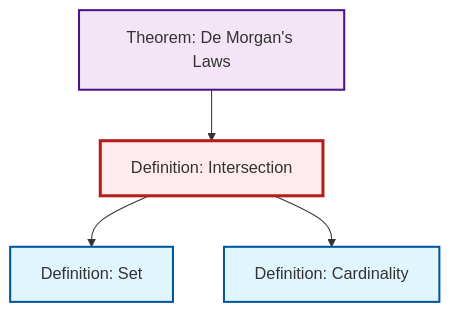
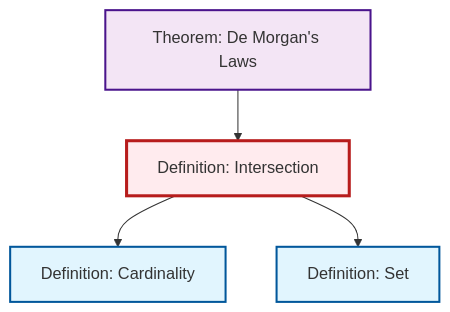
The diagram in content/ja/logic-set-theory/def-intersection.qmd (RK0429/ModernMath), drawn with Mermaid before and after one commit. The commit also changed other lines of this file and 597 other files, not shown here.

````diff
--- a/content/ja/logic-set-theory/def-intersection.qmd
+++ b/content/ja/logic-set-theory/def-intersection.qmd
@@ -63,20 +63,20 @@
 ```{mermaid}
 %%| fig-cap: "Local dependency graph"
 graph TD
     classDef definition fill:#e1f5fe,stroke:#01579b,stroke-width:2px
     classDef theorem fill:#f3e5f5,stroke:#4a148c,stroke-width:2px
     classDef axiom fill:#fff3e0,stroke:#e65100,stroke-width:2px
     classDef example fill:#e8f5e9,stroke:#1b5e20,stroke-width:2px
     classDef current fill:#ffebee,stroke:#b71c1c,stroke-width:3px
-    thm-de-morgan["Theorem: De Morgan's Laws"]:::theorem
     def-cardinality["Definition: Cardinality"]:::definition
     def-set["Definition: Set"]:::definition
+    thm-de-morgan["Theorem: De Morgan's Laws"]:::theorem
     def-intersection["Definition: Intersection"]:::definition
+    thm-de-morgan --> def-intersection
+    def-intersection --> def-cardinality
     def-intersection --> def-set
-    def-intersection --> def-cardinality
-    thm-de-morgan --> def-intersection
     class def-intersection current
-    click thm-de-morgan "thm-de-morgan.html" "Theorem: De Morgan's Lawsへ"
     click def-cardinality "def-cardinality.html" "Definition: Cardinalityへ"
     click def-set "def-set.html" "Definition: Setへ"
+    click thm-de-morgan "thm-de-morgan.html" "Theorem: De Morgan's Lawsへ"
 ```
````
